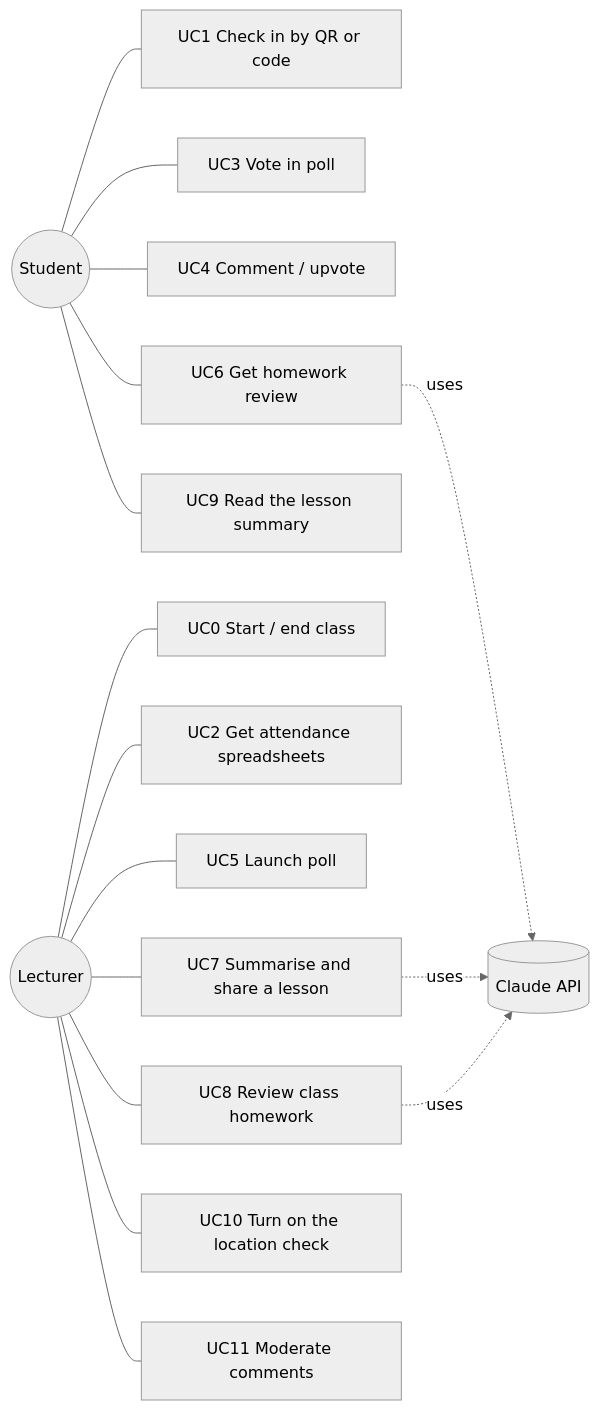
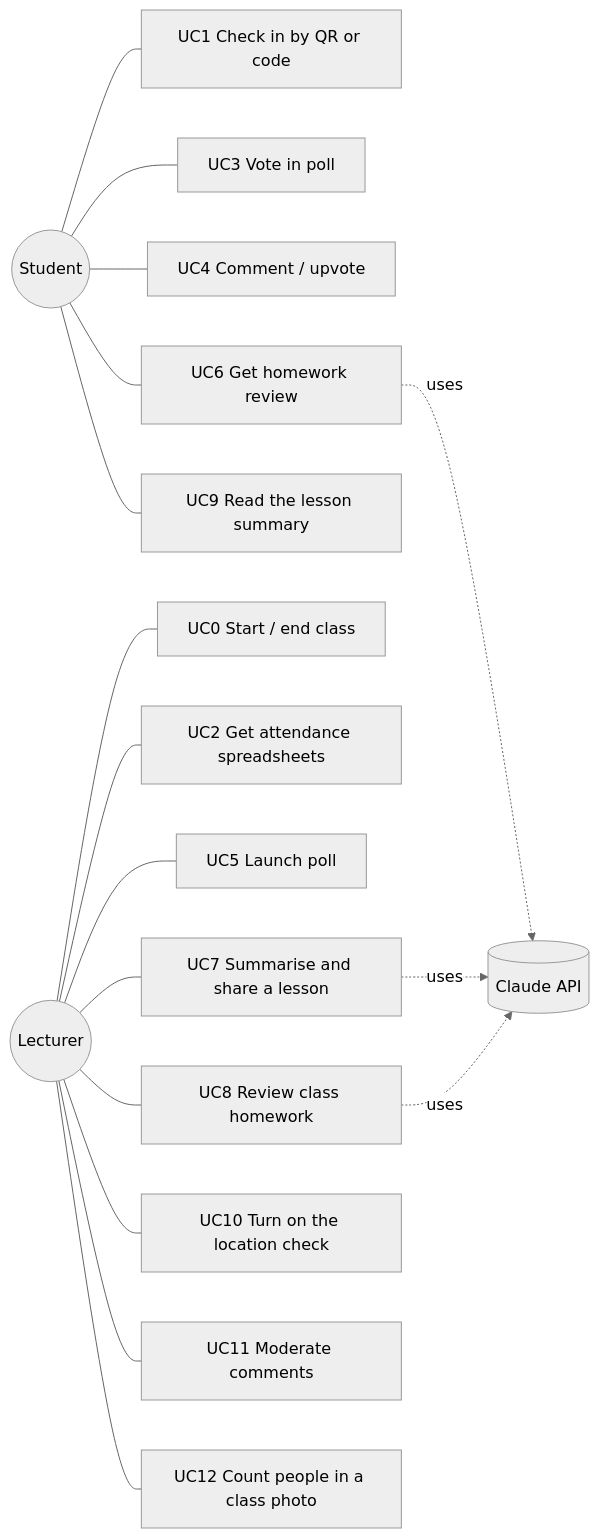
The diagram in docs/04-use-cases.md (roneliyahu2001/oop-ex2-classpulse), drawn with Mermaid (neutral theme) before and after one commit. The commit also changed other lines of this file and 61 other files, not shown here.

First line of the commit message:
Rename to Classica with a new look, and add a head count from a class photo

````diff
--- a/docs/04-use-cases.md
+++ b/docs/04-use-cases.md
@@ -3,18 +3,19 @@
 ```mermaid
 flowchart LR
   S((Student)) --- UC1[UC1 Check in by QR or code]
   S --- UC3[UC3 Vote in poll]
   S --- UC4[UC4 Comment / upvote]
   S --- UC6[UC6 Get homework review]
   S --- UC9[UC9 Read the lesson summary]
   L((Lecturer)) --- UC0[UC0 Start / end class]
   L --- UC2[UC2 Get attendance spreadsheets]
   L --- UC5[UC5 Launch poll]
   L --- UC7[UC7 Summarise and share a lesson]
   L --- UC8[UC8 Review class homework]
   L --- UC10[UC10 Turn on the location check]
   L --- UC11[UC11 Moderate comments]
+  L --- UC12[UC12 Count people in a class photo]
   UC6 -.uses.-> LLM[(Claude API)]
   UC7 -.uses.-> LLM
   UC8 -.uses.-> LLM
 ```
````
